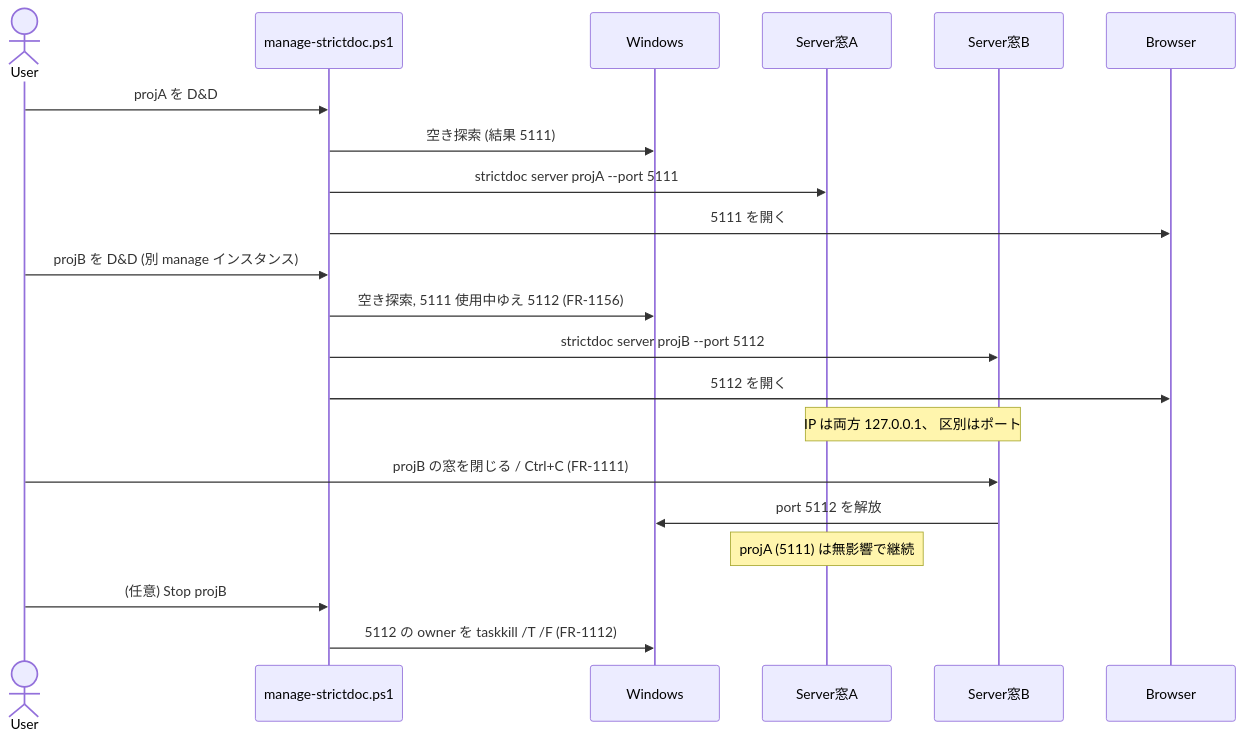
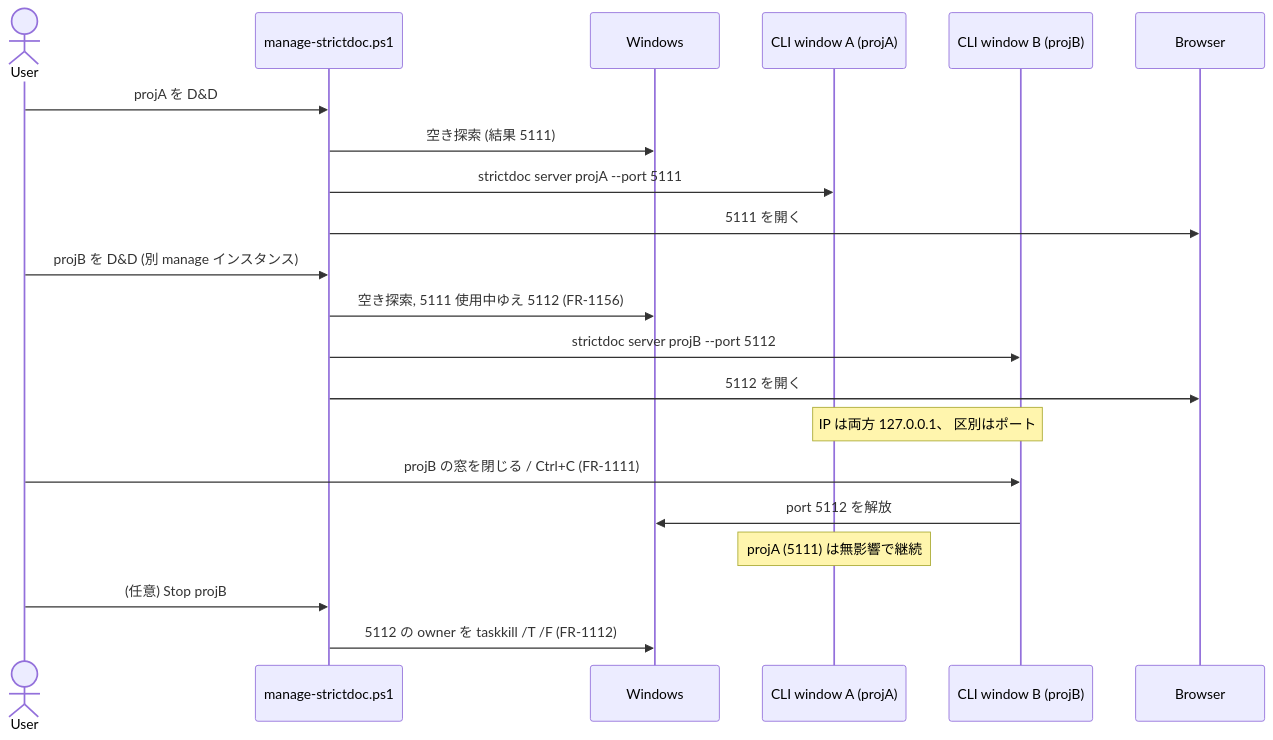
One commit to GoodRelax/StrictDocStarter changed the fourth of 6 diagrams in docs/serve-spec.md. Above: the diagram before and after it, drawn with Mermaid. The commit also changed other lines of this file and 5 other files, not shown here.

````diff
--- a/docs/serve-spec.md
+++ b/docs/serve-spec.md
@@ -1215,23 +1225,23 @@
 ```mermaid
 sequenceDiagram
     actor User
     participant M as manage-strictdoc.ps1
     participant OS as Windows
-    participant A as Server窓A
-    participant B as Server窓B
+    participant A as CLI window A (projA)
+    participant B as CLI window B (projB)
     participant BR as Browser
     User->>M: projA を D&D
     M->>OS: 空き探索 (結果 5111)
     M->>A: strictdoc server projA --port 5111
     M->>BR: 5111 を開く
     User->>M: projB を D&D (別 manage インスタンス)
     M->>OS: 空き探索, 5111 使用中ゆえ 5112 (FR-1156)
     M->>B: strictdoc server projB --port 5112
     M->>BR: 5112 を開く
     Note over A,B: IP は両方 127.0.0.1、 区別はポート
     User->>B: projB の窓を閉じる / Ctrl+C (FR-1111)
     B->>OS: port 5112 を解放
     Note over A: projA (5111) は無影響で継続
     User->>M: (任意) Stop projB
     M->>OS: 5112 の owner を taskkill /T /F (FR-1112)
 ```
````
